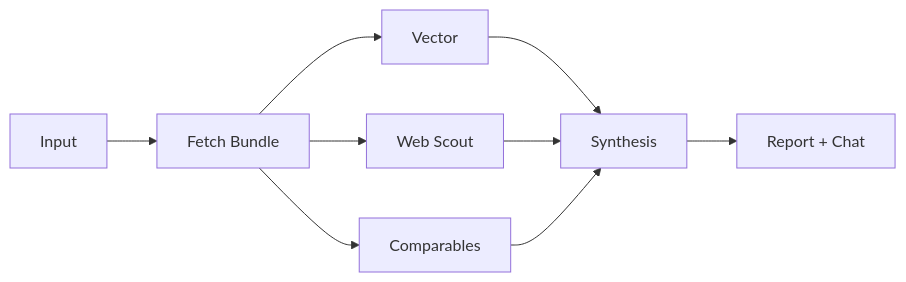
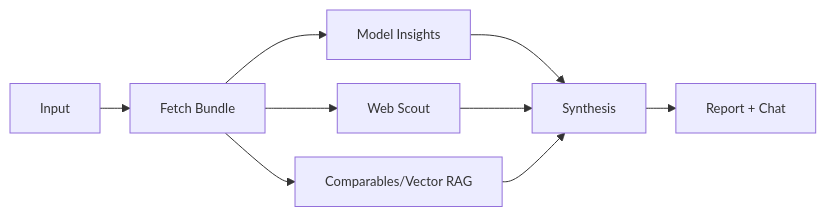
Before and after one commit to shaverm96/Gridiron-Intelligence: the first of 3 diagrams in report/report.qmd, drawn with Mermaid. The commit also changed other lines of this file and 10 other files, not shown here.

````diff
--- a/report/report.qmd
+++ b/report/report.qmd
@@ -80,9 +99,14 @@
 ```{mermaid}
+%%| fig-cap: "Recruiting Portal Architecture"
+%%| fig-align: center
+%%| out-width: 100%
+%%| fig-width: 7
+%%{init: {"flowchart": {"useMaxWidth": true, "nodeSpacing": 24, "rankSpacing": 30}, "themeVariables": {"fontSize": "13px"}}}%%
 flowchart LR
   A[Input] --> B[Fetch Bundle]
-  B --> D[Vector]
+  B --> D[Model Insights]
   B --> E[Web Scout]
-  B --> F[Comparables]
+  B --> F[Comparables/Vector RAG]
   D & E & F --> G[Synthesis]
   G --> H[Report + Chat]
 ```
````
